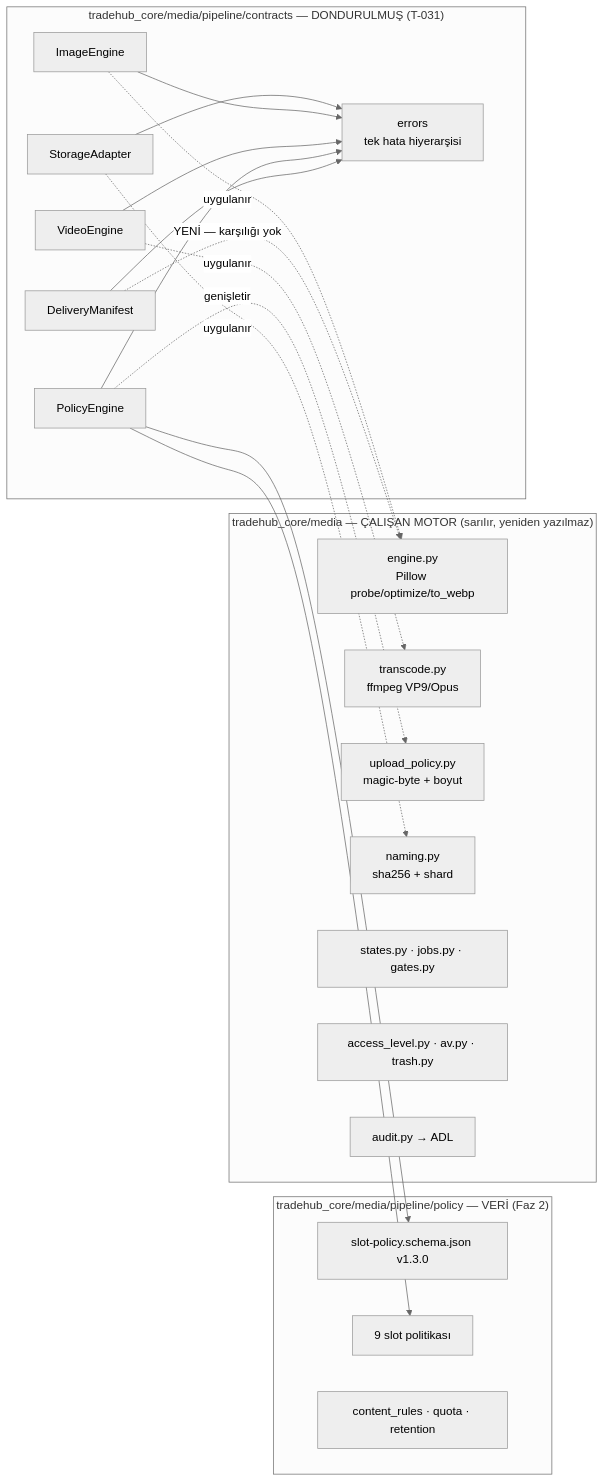
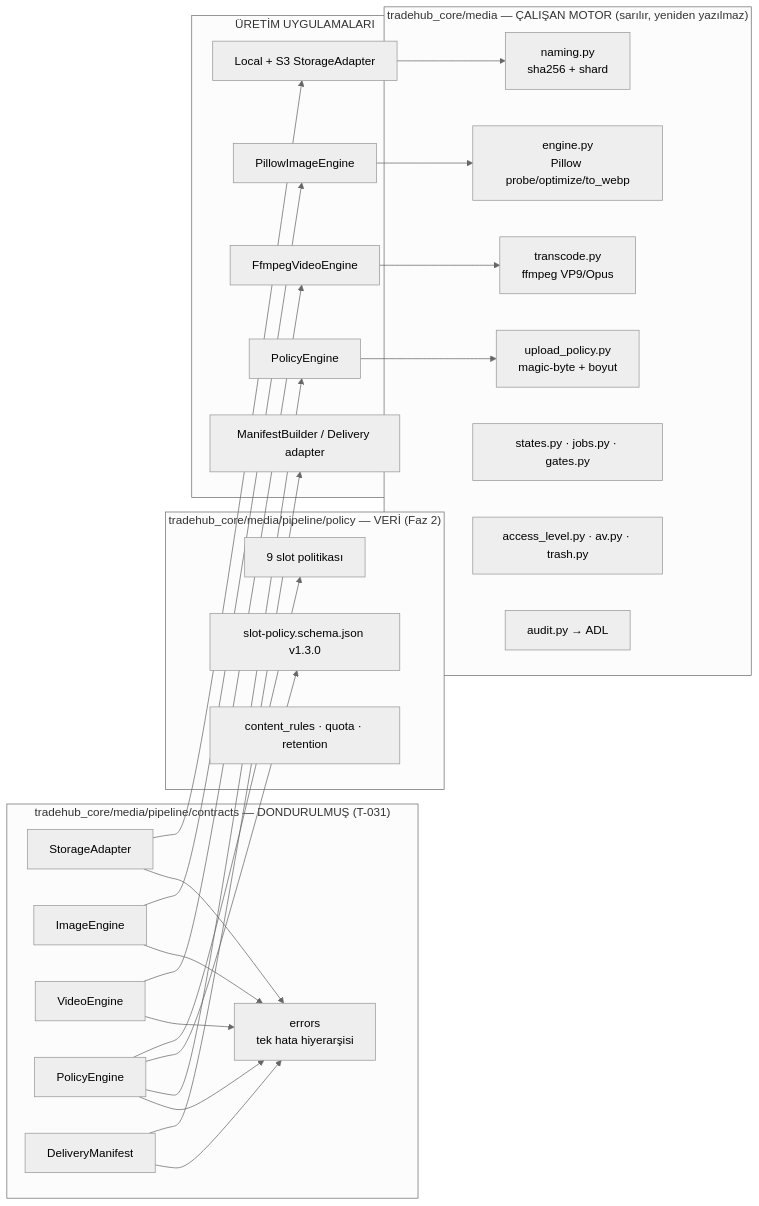
One commit to tradehub-tr/tradehub_core changed the third of 11 diagrams in docs/sad/SAD-v1.0.md. Above: the diagram before and after it, drawn with Mermaid (neutral theme). The commit also changed other lines of this file and 327 other files, not shown here.

````diff
--- a/docs/sad/SAD-v1.0.md
+++ b/docs/sad/SAD-v1.0.md
@@ -215,40 +218,52 @@
 ```mermaid
 graph LR
     subgraph contracts["tradehub_core/media/pipeline/contracts — DONDURULMUŞ (T-031)"]
         C1["StorageAdapter"]
         C2["ImageEngine"]
         C3["VideoEngine"]
         C4["PolicyEngine"]
         C5["DeliveryManifest"]
         CE["errors<br/>tek hata hiyerarşisi"]
     end
 
     subgraph veri["tradehub_core/media/pipeline/policy — VERİ (Faz 2)"]
         SCHEMA["slot-policy.schema.json v1.3.0"]
         SLOTS["9 slot politikası"]
         RULES["content_rules · quota · retention"]
     end
 
     subgraph mevcut["tradehub_core/media — ÇALIŞAN MOTOR (sarılır, yeniden yazılmaz)"]
         M1["engine.py<br/>Pillow probe/optimize/to_webp"]
         M2["transcode.py<br/>ffmpeg VP9/Opus"]
         M3["upload_policy.py<br/>magic-byte + boyut"]
         M4["naming.py<br/>sha256 + shard"]
         M5["states.py · jobs.py · gates.py"]
         M6["access_level.py · av.py · trash.py"]
         M7["audit.py → ADL"]
     end
 
+    subgraph uygulama["ÜRETİM UYGULAMALARI"]
+        PI["PillowImageEngine"]
+        FV["FfmpegVideoEngine"]
+        PE["PolicyEngine"]
+        MB["ManifestBuilder / Delivery adapter"]
+        SA["Local + S3 StorageAdapter"]
+    end
+
     C4 --> SLOTS
     C4 --> SCHEMA
-    C2 -. "uygulanır" .-> M1
-    C3 -. "uygulanır" .-> M2
-    C1 -. "uygulanır" .-> M4
-    C4 -. "genişletir" .-> M3
-    C5 -. "YENİ — karşılığı yok" .-> M1
+    C2 --> PI
+    C3 --> FV
+    C4 --> PE
+    C5 --> MB
+    C1 --> SA
+    PI --> M1
+    FV --> M2
+    SA --> M4
+    PE --> M3
     C1 --> CE
     C2 --> CE
     C3 --> CE
     C4 --> CE
     C5 --> CE
 ```
````
